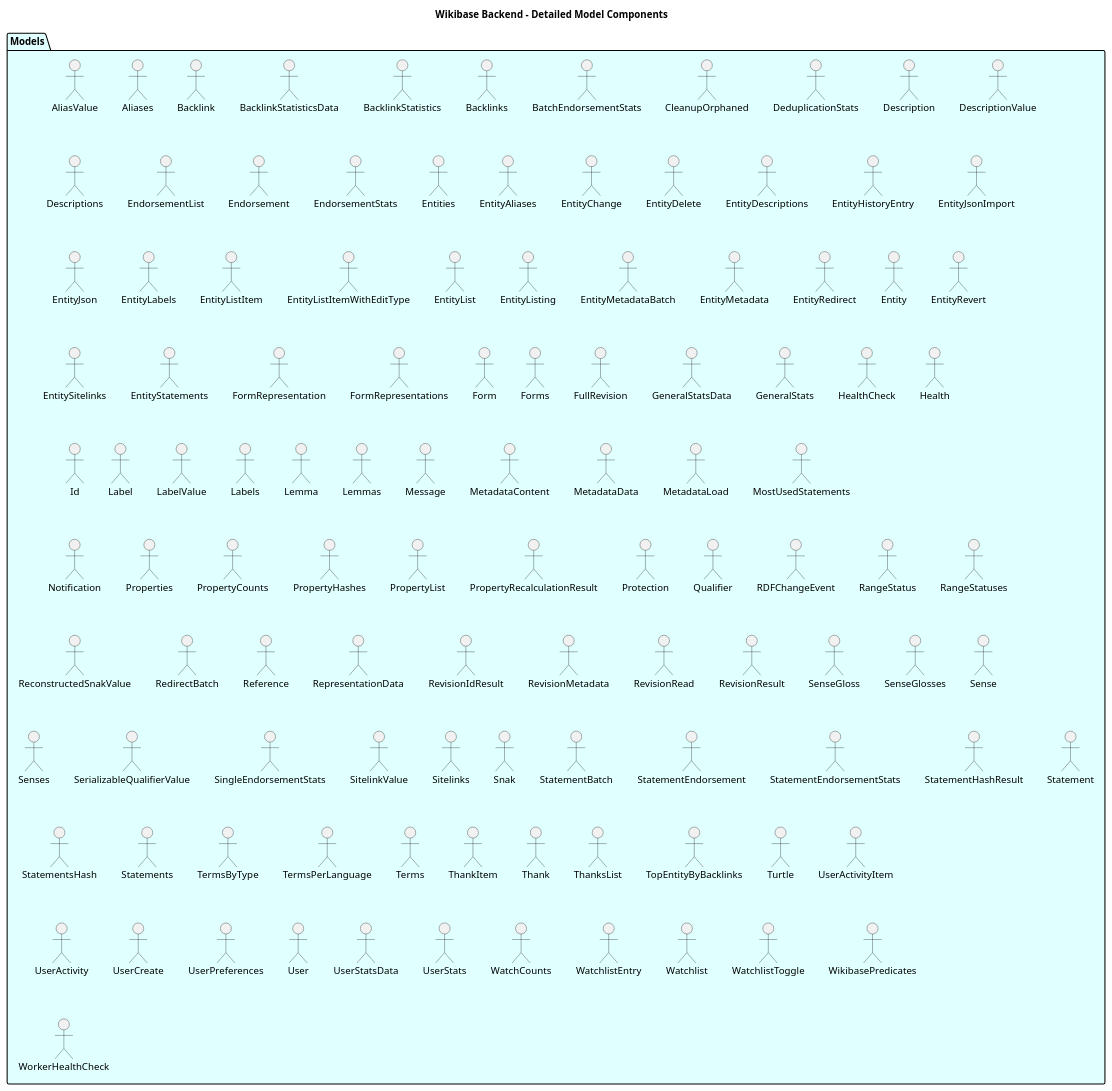
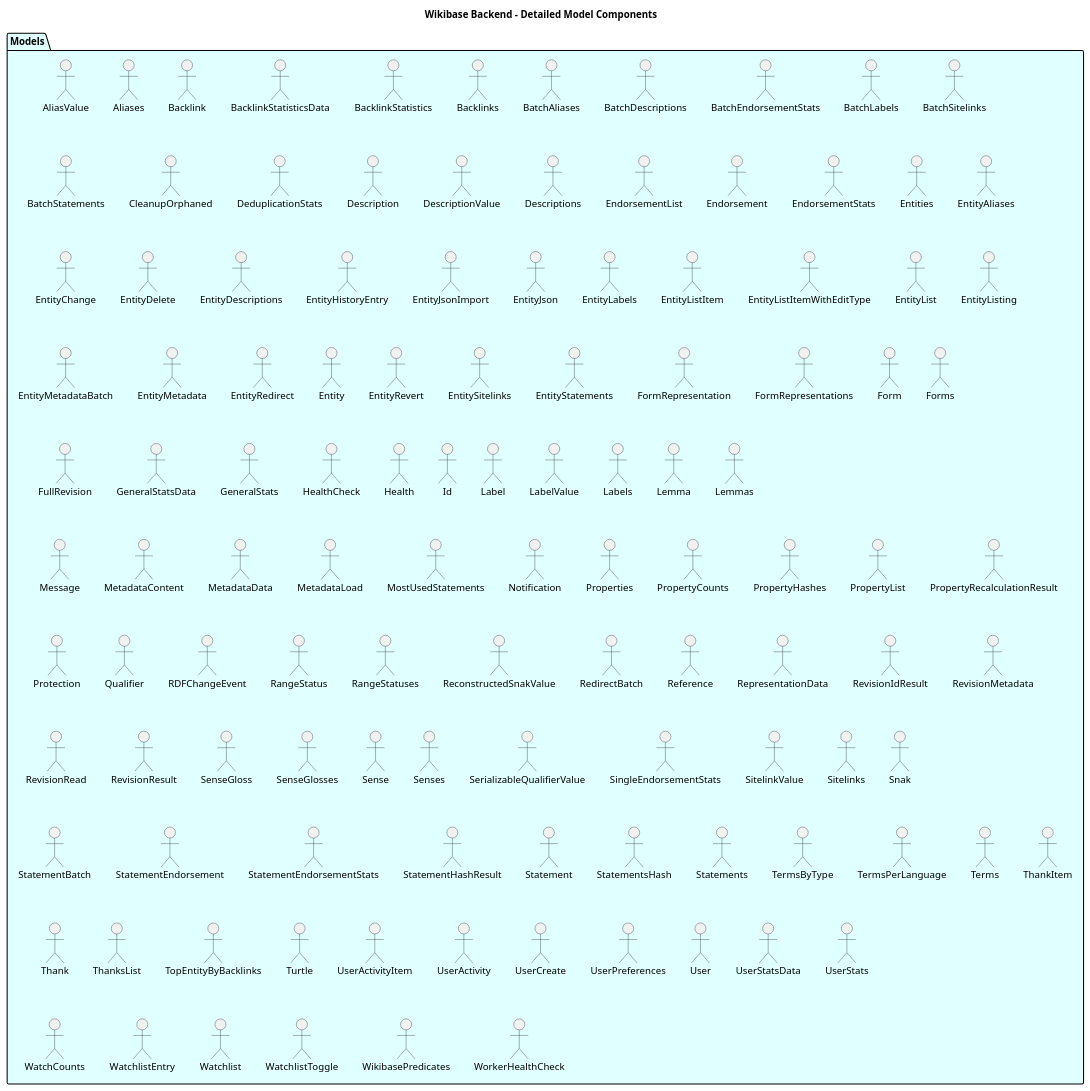
The diagram in docs/DIAGRAMS/detailed_model_components.puml (dpriskorn/entitybase-backend), drawn with PlantUML before and after one commit. The commit also changed 5 other files, not shown here.

```diff
--- a/docs/DIAGRAMS/detailed_model_components.puml
+++ b/docs/DIAGRAMS/detailed_model_components.puml
@@ -1,119 +1,124 @@
 @startuml Detailed Model Components
 
 title Wikibase Backend - Detailed Model Components
 
 package "Models" as Models #LightCyan {
     "AliasValue" as AliasValue
     "Aliases" as AliasesResponse
     "Backlink" as BacklinkResponse
     "BacklinkStatisticsData" as BacklinkStatisticsData
     "BacklinkStatistics" as BacklinkStatisticsResponse
     "Backlinks" as BacklinksResponse
+    "BatchAliases" as BatchAliasesResponse
+    "BatchDescriptions" as BatchDescriptionsResponse
     "BatchEndorsementStats" as BatchEndorsementStatsResponse
+    "BatchLabels" as BatchLabelsResponse
+    "BatchSitelinks" as BatchSitelinksResponse
+    "BatchStatements" as BatchStatementsResponse
     "CleanupOrphaned" as CleanupOrphanedResponse
     "DeduplicationStats" as DeduplicationStatsResponse
     "Description" as DescriptionResponse
     "DescriptionValue" as DescriptionValue
     "Descriptions" as DescriptionsResponse
     "EndorsementList" as EndorsementListResponse
     "Endorsement" as EndorsementResponse
     "EndorsementStats" as EndorsementStatsResponse
     "Entities" as EntitiesResponse
     "EntityAliases" as EntityAliasesResponse
     "EntityChange" as EntityChange
     "EntityDelete" as EntityDeleteResponse
     "EntityDescriptions" as EntityDescriptionsResponse
     "EntityHistoryEntry" as EntityHistoryEntry
     "EntityJsonImport" as EntityJsonImportResponse
     "EntityJson" as EntityJsonResponse
     "EntityLabels" as EntityLabelsResponse
     "EntityListItem" as EntityListItem
     "EntityListItemWithEditType" as EntityListItemWithEditType
     "EntityList" as EntityListResponse
     "EntityListing" as EntityListing
     "EntityMetadataBatch" as EntityMetadataBatchResponse
     "EntityMetadata" as EntityMetadataResponse
     "EntityRedirect" as EntityRedirectResponse
     "Entity" as EntityResponse
     "EntityRevert" as EntityRevertResponse
     "EntitySitelinks" as EntitySitelinksResponse
     "EntityStatements" as EntityStatementsResponse
     "FormRepresentation" as FormRepresentationResponse
     "FormRepresentations" as FormRepresentationsResponse
     "Form" as FormResponse
     "Forms" as FormsResponse
     "FullRevision" as FullRevisionResponse
     "GeneralStatsData" as GeneralStatsData
     "GeneralStats" as GeneralStatsResponse
     "HealthCheck" as HealthCheckResponse
     "Health" as HealthResponse
     "Id" as IdResponse
     "Label" as LabelResponse
     "LabelValue" as LabelValue
     "Labels" as LabelsResponse
     "Lemma" as LemmaResponse
     "Lemmas" as LemmasResponse
     "Message" as MessageResponse
     "MetadataContent" as MetadataContent
     "MetadataData" as MetadataData
     "MetadataLoad" as MetadataLoadResponse
     "MostUsedStatements" as MostUsedStatementsResponse
     "Notification" as NotificationResponse
     "Properties" as PropertiesResponse
     "PropertyCounts" as PropertyCountsResponse
     "PropertyHashes" as PropertyHashesResponse
     "PropertyList" as PropertyListResponse
     "PropertyRecalculationResult" as PropertyRecalculationResult
     "Protection" as ProtectionResponse
     "Qualifier" as QualifierResponse
     "RDFChangeEvent" as RDFChangeEvent
     "RangeStatus" as RangeStatus
     "RangeStatuses" as RangeStatuses
     "ReconstructedSnakValue" as ReconstructedSnakValue
     "RedirectBatch" as RedirectBatchResponse
     "Reference" as ReferenceResponse
     "RepresentationData" as RepresentationData
     "RevisionIdResult" as RevisionIdResult
     "RevisionMetadata" as RevisionMetadataResponse
     "RevisionRead" as RevisionReadResponse
     "RevisionResult" as RevisionResult
     "SenseGloss" as SenseGlossResponse
     "SenseGlosses" as SenseGlossesResponse
     "Sense" as SenseResponse
     "Senses" as SensesResponse
     "SerializableQualifierValue" as SerializableQualifierValue
     "SingleEndorsementStats" as SingleEndorsementStatsResponse
     "SitelinkValue" as SitelinkValue
     "Sitelinks" as SitelinksResponse
     "Snak" as SnakResponse
     "StatementBatch" as StatementBatchResponse
     "StatementEndorsement" as StatementEndorsementResponse
     "StatementEndorsementStats" as StatementEndorsementStats
     "StatementHashResult" as StatementHashResult
     "Statement" as StatementResponse
     "StatementsHash" as StatementsHashResponse
     "Statements" as StatementsResponse
     "TermsByType" as TermsByType
     "TermsPerLanguage" as TermsPerLanguage
     "Terms" as TermsResponse
     "ThankItem" as ThankItemResponse
     "Thank" as ThankResponse
     "ThanksList" as ThanksListResponse
     "TopEntityByBacklinks" as TopEntityByBacklinks
     "Turtle" as TurtleResponse
     "UserActivityItem" as UserActivityItemResponse
     "UserActivity" as UserActivityResponse
     "UserCreate" as UserCreateResponse
     "UserPreferences" as UserPreferencesResponse
     "User" as UserResponse
     "UserStatsData" as UserStatsData
     "UserStats" as UserStatsResponse
     "WatchCounts" as WatchCounts
     "WatchlistEntry" as WatchlistEntryResponse
     "Watchlist" as WatchlistResponse
     "WatchlistToggle" as WatchlistToggleResponse
     "WikibasePredicates" as WikibasePredicatesResponse
     "WorkerHealthCheck" as WorkerHealthCheckResponse
 }
 
 @enduml
```
